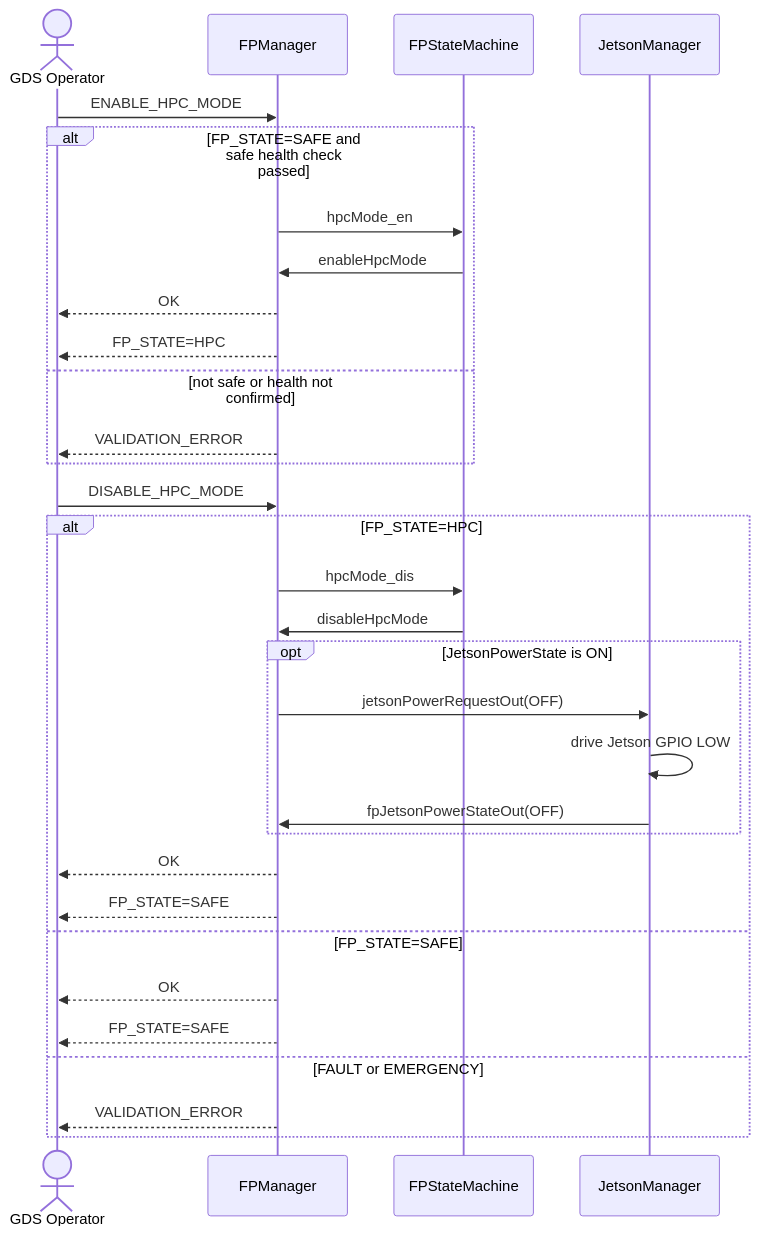
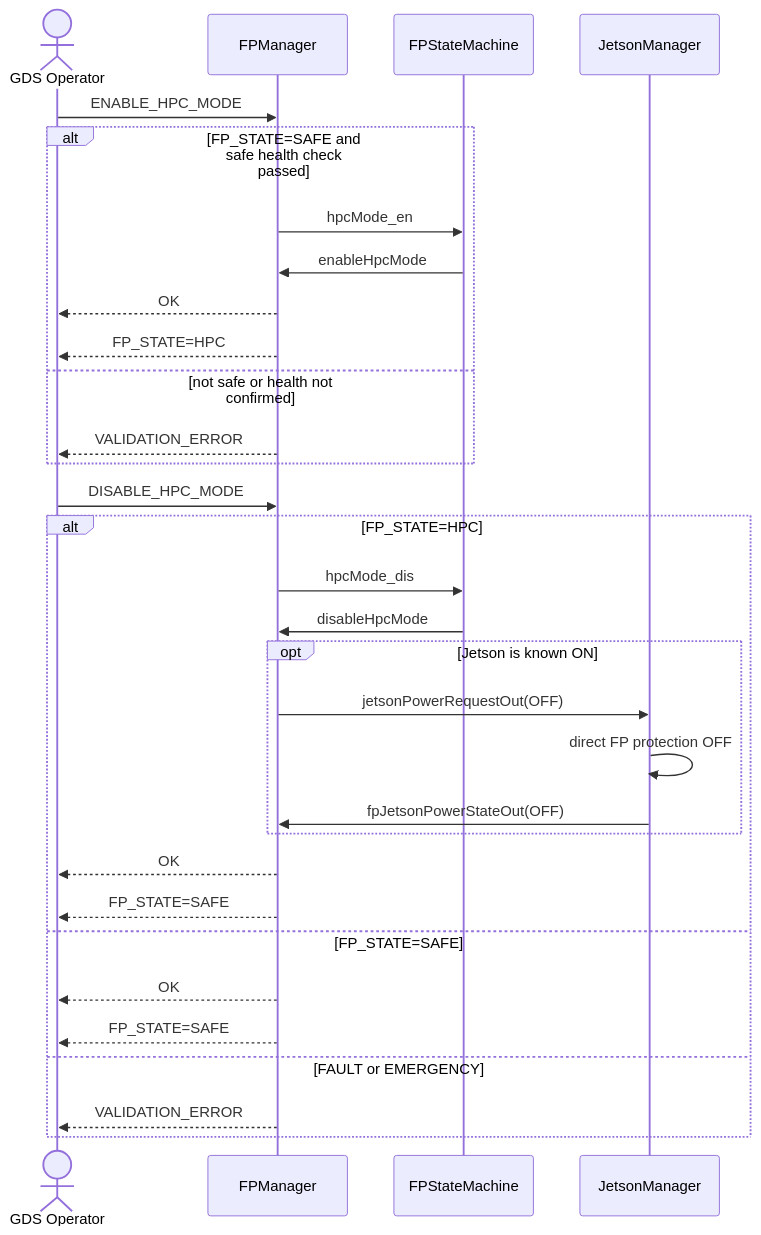
The fifth of 7 diagrams in scales/scalesSvc/FPManager/docs/sdd.md (BroncoSpace-Lab/fprime-scales), drawn with Mermaid before and after one commit. The commit also changed other lines of this file and 7 other files, not shown here.

````diff
--- a/scales/scalesSvc/FPManager/docs/sdd.md
+++ b/scales/scalesSvc/FPManager/docs/sdd.md
@@ -177,35 +244,35 @@
 ```mermaid
 sequenceDiagram
     actor Operator as GDS Operator
     participant FPM as FPManager
     participant SM as FPStateMachine
     participant JM as JetsonManager
 
     Operator->>FPM: ENABLE_HPC_MODE
     alt FP_STATE=SAFE and safe health check passed
         FPM->>SM: hpcMode_en
         SM->>FPM: enableHpcMode
         FPM-->>Operator: OK
         FPM-->>Operator: FP_STATE=HPC
     else not safe or health not confirmed
         FPM-->>Operator: VALIDATION_ERROR
     end
 
     Operator->>FPM: DISABLE_HPC_MODE
     alt FP_STATE=HPC
         FPM->>SM: hpcMode_dis
         SM->>FPM: disableHpcMode
-        opt JetsonPowerState is ON
+        opt Jetson is known ON
             FPM->>JM: jetsonPowerRequestOut(OFF)
-            JM->>JM: drive Jetson GPIO LOW
+            JM->>JM: direct FP protection OFF
             JM->>FPM: fpJetsonPowerStateOut(OFF)
         end
         FPM-->>Operator: OK
         FPM-->>Operator: FP_STATE=SAFE
     else FP_STATE=SAFE
         FPM-->>Operator: OK
         FPM-->>Operator: FP_STATE=SAFE
     else FAULT or EMERGENCY
         FPM-->>Operator: VALIDATION_ERROR
     end
 ```
````
